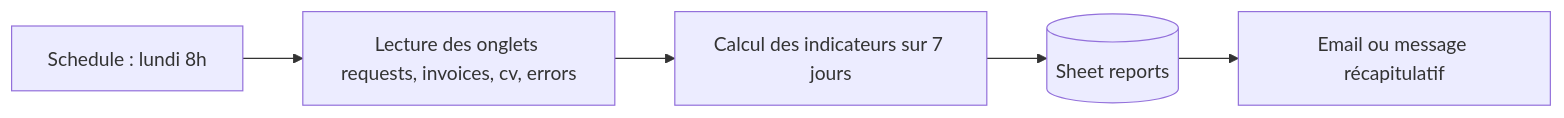
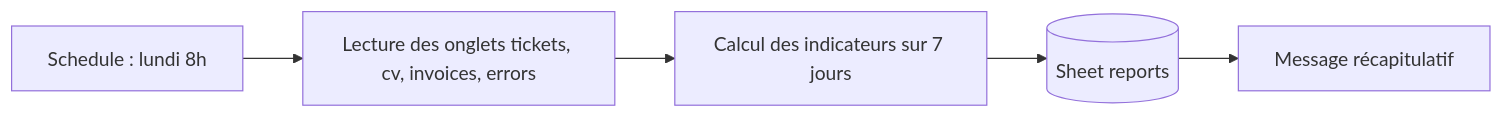
One commit to ToandroMananjara/ai-business-automation-n8n changed the eighth of 8 diagrams in docs/cdc.md. Above: the diagram before and after it, drawn with Mermaid. The commit also changed other lines of this file and 5 other files, not shown here.

````diff
--- a/docs/cdc.md
+++ b/docs/cdc.md
@@ -470,7 +628,7 @@
 ```mermaid
 flowchart LR
-    A[Schedule : lundi 8h] --> B[Lecture des onglets requests, invoices, cv, errors]
+    A[Schedule : lundi 8h] --> B[Lecture des onglets tickets, cv, invoices, errors]
     B --> C[Calcul des indicateurs sur 7 jours]
     C --> D[(Sheet reports)]
-    D --> E[Email ou message récapitulatif]
+    D --> E[Message récapitulatif]
 ```
````
